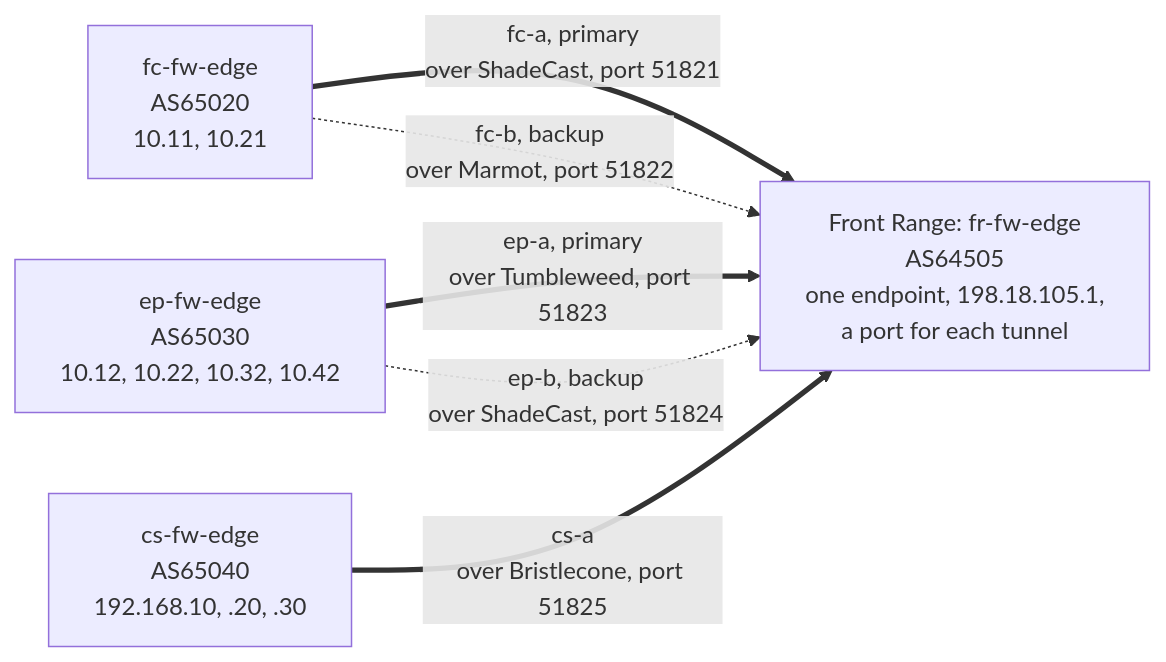
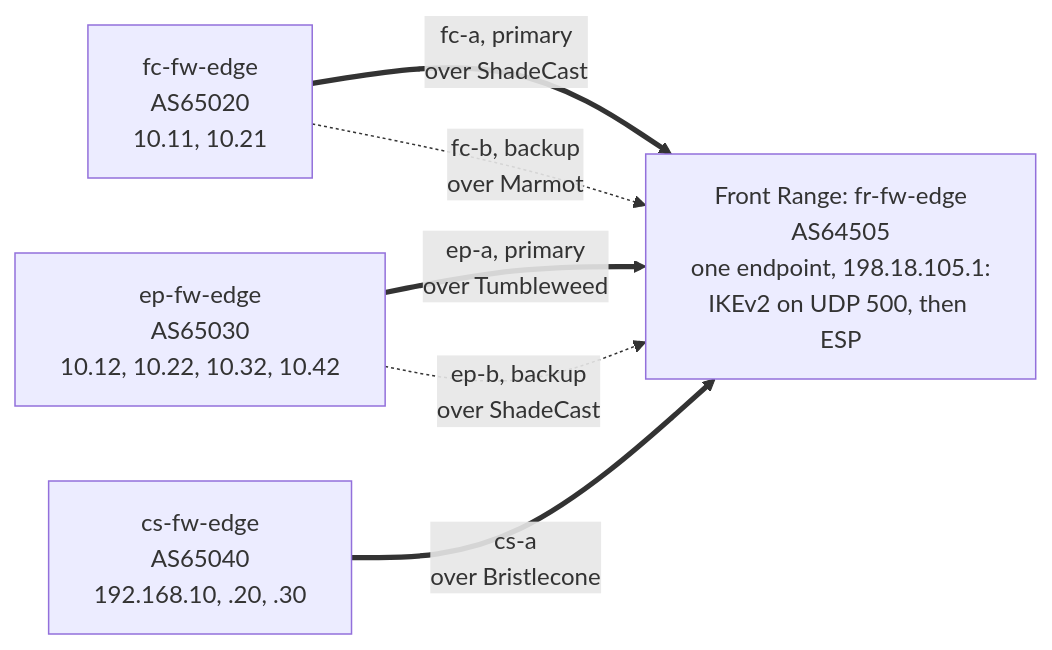
Before and after one commit to GhostofGoes/brew: the fifth of 10 diagrams in docs/multisite/PLANS.md, drawn with Mermaid. The commit also changed other lines of this file and 2 other files, not shown here.

````diff
--- a/docs/multisite/PLANS.md
+++ b/docs/multisite/PLANS.md
@@ -545,12 +574,12 @@
 ```mermaid
 flowchart LR
-  HUB["Front Range: fr-fw-edge<br/>AS64505<br/>one endpoint, 198.18.105.1,<br/>a port for each tunnel"]
+  HUB["Front Range: fr-fw-edge<br/>AS64505<br/>one endpoint, 198.18.105.1:<br/>IKEv2 on UDP 500, then ESP"]
   FC["fc-fw-edge<br/>AS65020<br/>10.11, 10.21"]
   EP["ep-fw-edge<br/>AS65030<br/>10.12, 10.22, 10.32, 10.42"]
   CS["cs-fw-edge<br/>AS65040<br/>192.168.10, .20, .30"]
-  FC ==>|"fc-a, primary<br/>over ShadeCast, port 51821"| HUB
-  FC -.->|"fc-b, backup<br/>over Marmot, port 51822"| HUB
-  EP ==>|"ep-a, primary<br/>over Tumbleweed, port 51823"| HUB
-  EP -.->|"ep-b, backup<br/>over ShadeCast, port 51824"| HUB
-  CS ==>|"cs-a<br/>over Bristlecone, port 51825"| HUB
+  FC ==>|"fc-a, primary<br/>over ShadeCast"| HUB
+  FC -.->|"fc-b, backup<br/>over Marmot"| HUB
+  EP ==>|"ep-a, primary<br/>over Tumbleweed"| HUB
+  EP -.->|"ep-b, backup<br/>over ShadeCast"| HUB
+  CS ==>|"cs-a<br/>over Bristlecone"| HUB
 ```
````
